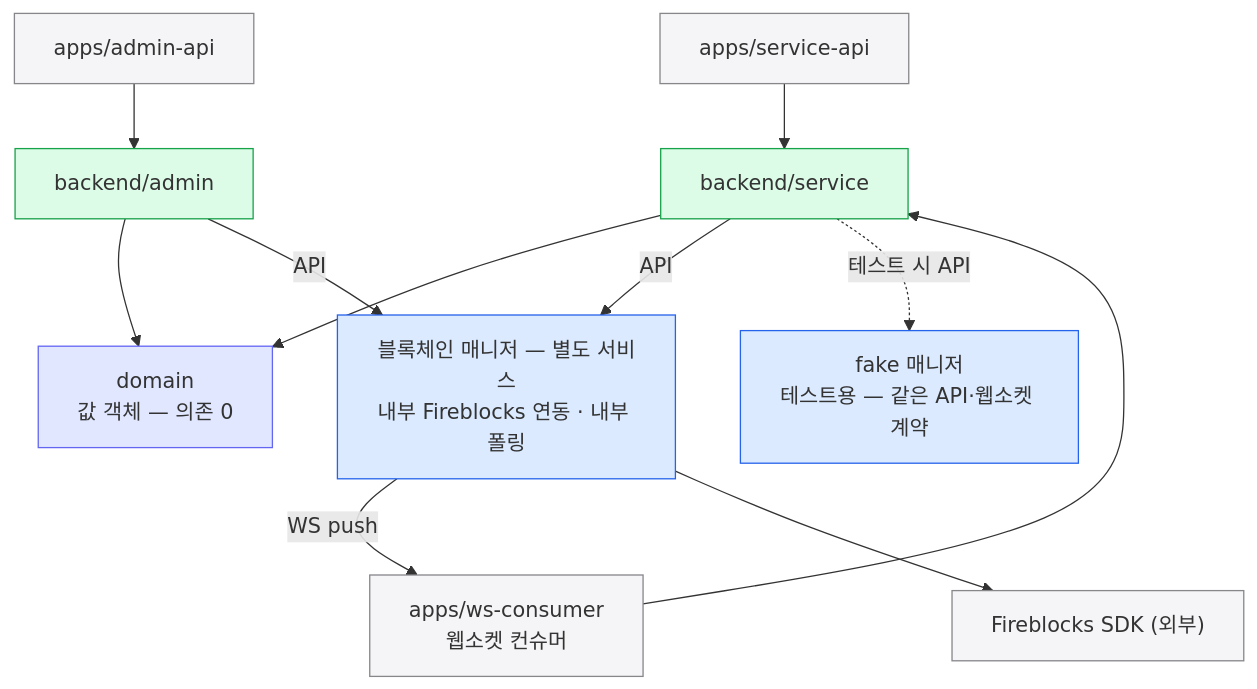
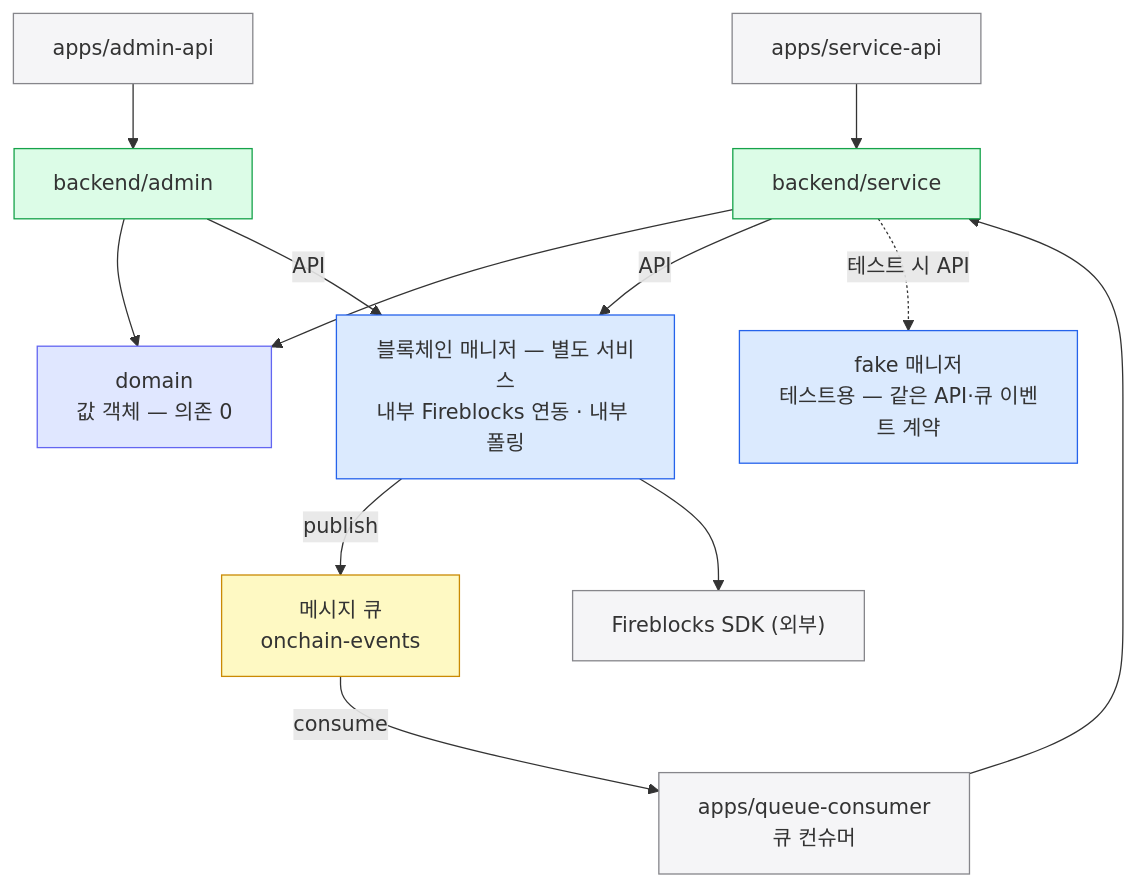
One commit to eunsujeo/eunpus changed the third of 4 diagrams in blockchain-manager/docs/설계/09-switch-extend.md. Above: the diagram before and after it, drawn with Mermaid. The commit also changed other lines of this file and 6 other files, not shown here.

First line of the commit message:
칸반 문서: 이벤트 채널 웹소켓 → 메시지 큐 전환

````diff
--- a/blockchain-manager/docs/설계/09-switch-extend.md
+++ b/blockchain-manager/docs/설계/09-switch-extend.md
@@ -80,29 +80,32 @@
 ```mermaid
 flowchart TB
     SAPI["apps/service-api"]
     AAPI["apps/admin-api"]
-    WSC["apps/ws-consumer<br/>웹소켓 컨슈머"]
+    QC["apps/queue-consumer<br/>큐 컨슈머"]
     SBE["backend/service"]
     ABE["backend/admin"]
     DOM["domain<br/>값 객체 — 의존 0"]
+    MQ["메시지 큐<br/>onchain-events"]
     BM["블록체인 매니저 — 별도 서비스<br/>내부 Fireblocks 연동 · 내부 폴링"]
-    FAKE["fake 매니저<br/>테스트용 — 같은 API·웹소켓 계약"]
+    FAKE["fake 매니저<br/>테스트용 — 같은 API·큐 이벤트 계약"]
     SDK["Fireblocks SDK (외부)"]
 
     SAPI --> SBE
     AAPI --> ABE
-    WSC --> SBE
+    QC --> SBE
     SBE --> DOM
     ABE --> DOM
     SBE -->|API| BM
     ABE -->|API| BM
-    BM -->|WS push| WSC
+    BM -->|publish| MQ
+    MQ -->|consume| QC
     SBE -.테스트 시 API.-> FAKE
     BM --> SDK
 
     classDef mine fill:#dcfce7,stroke:#16a34a;
     classDef impl fill:#dbeafe,stroke:#2563eb;
     classDef core fill:#e0e7ff,stroke:#6366f1;
     classDef ext fill:#f5f5f7,stroke:#86868b;
-    class SBE,ABE mine; class BM,FAKE impl; class DOM core; class SAPI,AAPI,WSC,SDK ext;
+    classDef mq fill:#fef9c3,stroke:#ca8a04;
+    class SBE,ABE mine; class BM,FAKE impl; class DOM core; class SAPI,AAPI,QC,SDK ext; class MQ mq;
 ```
````
